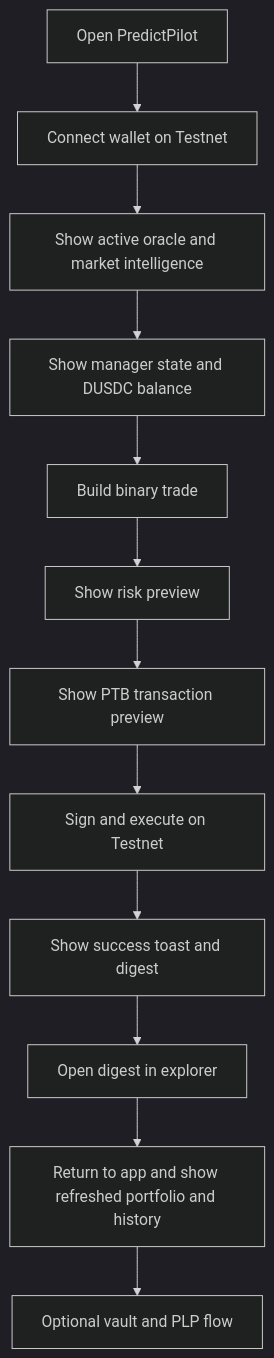
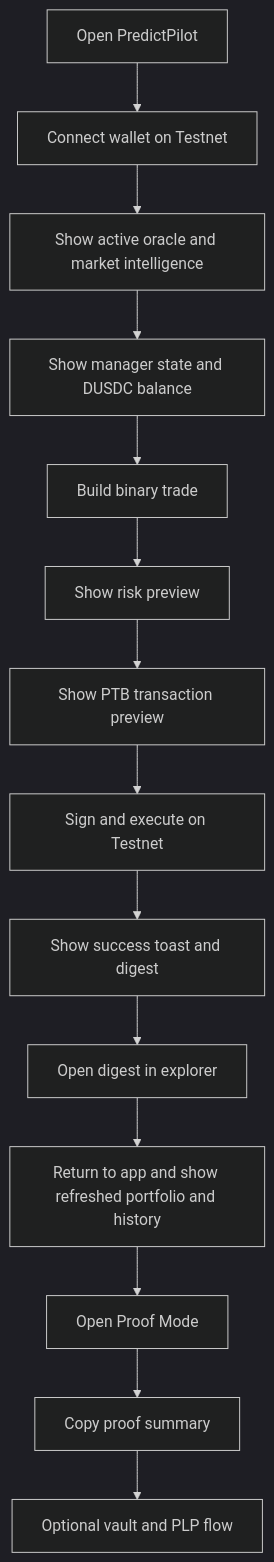
One commit to rajpatilrobotics/predictpilot changed the diagram in docs/DEMO_SCRIPT.md. Above: the diagram before and after it, drawn with Mermaid (dark theme). The commit also changed other lines of this file and 6 other files, not shown here.

Commit message:
docs: add judge-verifiable feature roadmap

````diff
--- a/docs/DEMO_SCRIPT.md
+++ b/docs/DEMO_SCRIPT.md
@@ -255,14 +255,16 @@
 ```mermaid
 flowchart TD
     A[Open PredictPilot] --> B[Connect wallet on Testnet]
     B --> C[Show active oracle and market intelligence]
     C --> D[Show manager state and DUSDC balance]
     D --> E[Build binary trade]
     E --> F[Show risk preview]
     F --> G[Show PTB transaction preview]
     G --> H[Sign and execute on Testnet]
     H --> I[Show success toast and digest]
     I --> J[Open digest in explorer]
     J --> K[Return to app and show refreshed portfolio and history]
-    K --> L[Optional vault and PLP flow]
+    K --> L[Open Proof Mode]
+    L --> M[Copy proof summary]
+    M --> N[Optional vault and PLP flow]
 ```
````
